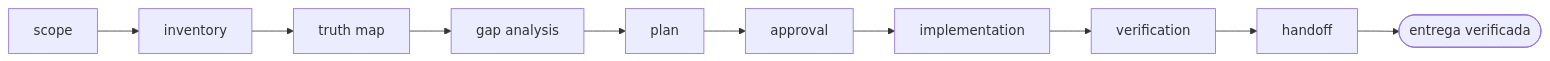
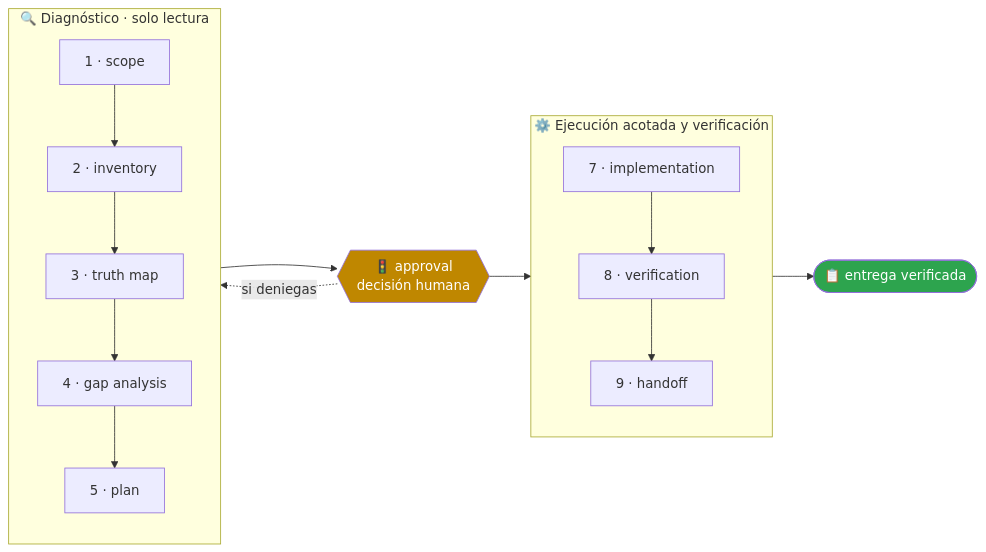
One commit to vladimiracunadev-create/operational-ai-agents changed the second of 2 diagrams in agents/repository-evolution-agent/README.md. Above: the diagram before and after it, drawn with Mermaid. The commit also changed other lines of this file and 60 other files, not shown here.

````diff
--- a/agents/repository-evolution-agent/README.md
+++ b/agents/repository-evolution-agent/README.md
@@ -72,21 +124,28 @@
 ```mermaid
 flowchart LR
-    p1["scope"]
-    p2["inventory"]
-    p3["truth map"]
-    p4["gap analysis"]
-    p5["plan"]
-    p6["approval"]
-    p7["implementation"]
-    p8["verification"]
-    p9["handoff"]
-    p1 --> p2
-    p2 --> p3
-    p3 --> p4
-    p4 --> p5
-    p5 --> p6
-    p6 --> p7
-    p7 --> p8
-    p8 --> p9
-    p9 --> done(["entrega verificada"])
+    subgraph A["🔍 Diagnóstico · solo lectura"]
+        direction TB
+        p1["1 · scope"]
+        p2["2 · inventory"]
+        p3["3 · truth map"]
+        p4["4 · gap analysis"]
+        p5["5 · plan"]
+        p1 --> p2
+        p2 --> p3
+        p3 --> p4
+        p4 --> p5
+    end
+    G{{"🚦 approval<br/>decisión humana"}}
+    subgraph B["⚙️ Ejecución acotada y verificación"]
+        direction TB
+        p7["7 · implementation"]
+        p8["8 · verification"]
+        p9["9 · handoff"]
+        p7 --> p8
+        p8 --> p9
+    end
+    A --> G --> B --> FIN(["📋 entrega verificada"])
+    G -.->|"si deniegas"| A
+    style G fill:#bf8700,color:#fff
+    style FIN fill:#2da44e,color:#fff
 ```
````
